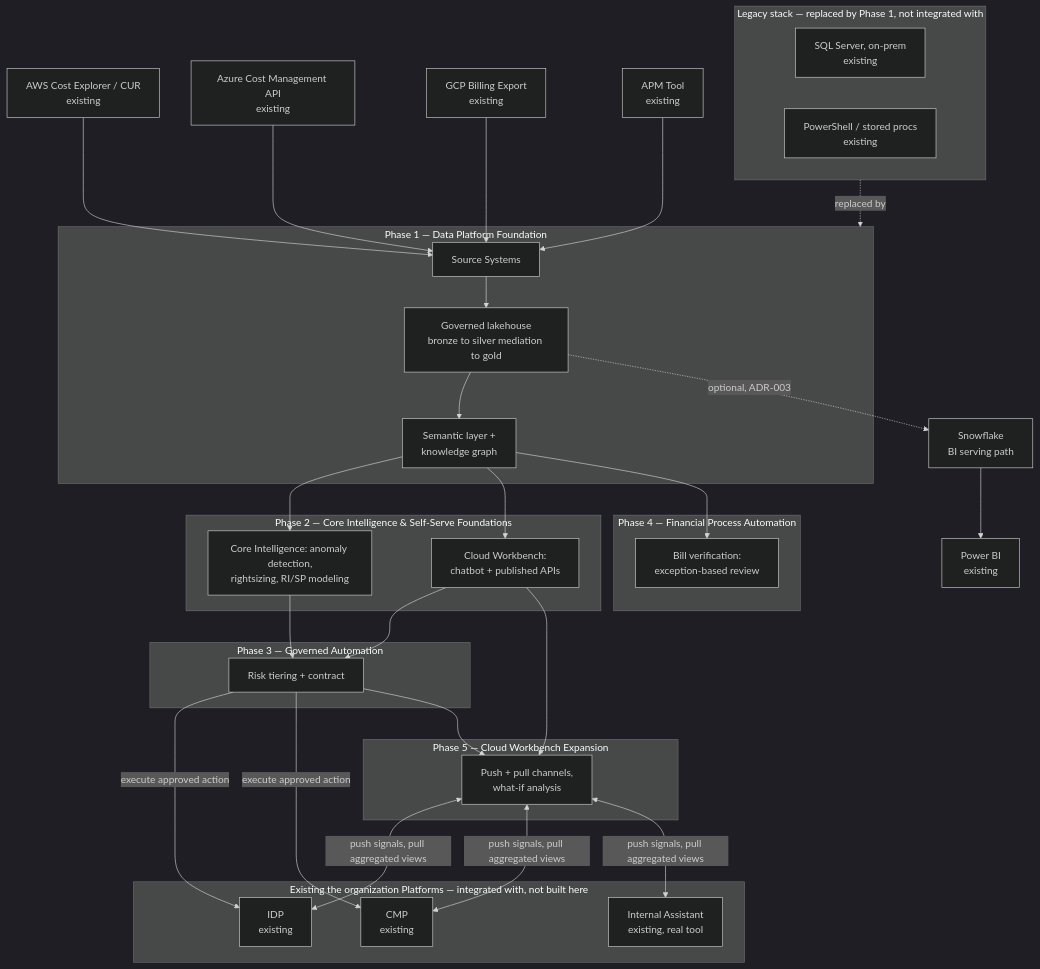
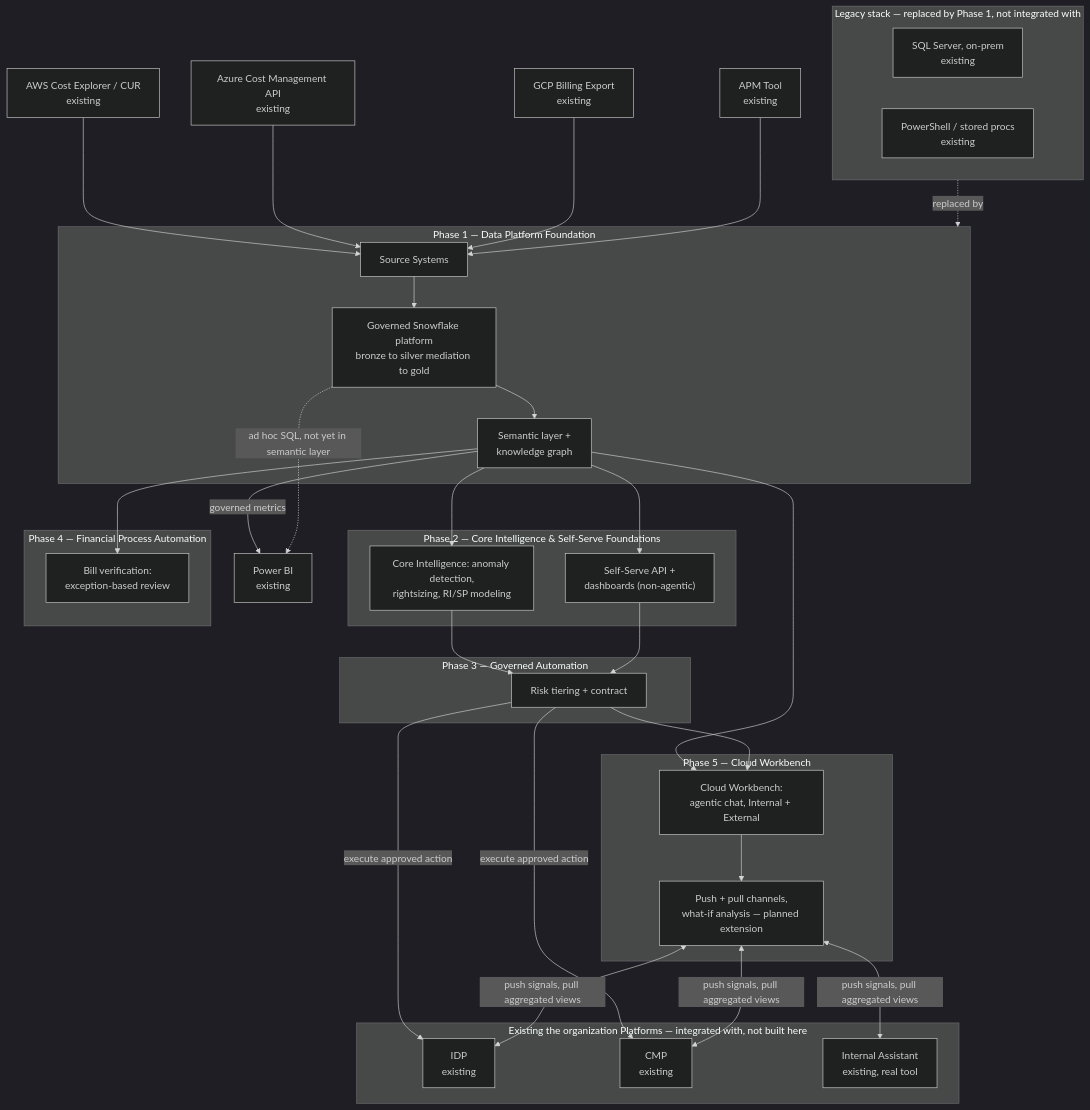
One commit to mbnest/finops-intelligence-platform changed the diagram in docs/FinOps Solution Overview.md. Above: the diagram before and after it, drawn with Mermaid (dark theme). The commit also changed other lines of this file and 7 other files, not shown here.

````diff
--- a/docs/FinOps Solution Overview.md
+++ b/docs/FinOps Solution Overview.md
@@ -50,53 +50,54 @@
 ```mermaid
 flowchart TD
     AWS["AWS Cost Explorer / CUR<br/>existing"] --> SRC["Source Systems"]
     AZURE["Azure Cost Management API<br/>existing"] --> SRC
     GCP["GCP Billing Export<br/>existing"] --> SRC
     APM["APM Tool<br/>existing"] --> SRC
 
     subgraph LEGACY["Legacy stack — replaced by Phase 1, not integrated with"]
         SQLSVR["SQL Server, on-prem<br/>existing"]
         PSPROC["PowerShell / stored procs<br/>existing"]
     end
     LEGACY -.->|replaced by| P1
 
     subgraph P1["Phase 1 — Data Platform Foundation"]
-        SRC --> LAKE["Governed lakehouse<br/>bronze to silver mediation to gold"]
+        SRC --> LAKE["Governed Snowflake platform<br/>bronze to silver mediation to gold"]
         LAKE --> SEM["Semantic layer +<br/>knowledge graph"]
     end
 
-    LAKE -.->|optional, ADR-003| SNOW["Snowflake<br/>BI serving path"]
-    SNOW --> PBI["Power BI<br/>existing"]
+    SEM -->|governed metrics| PBI["Power BI<br/>existing"]
+    LAKE -.->|ad hoc SQL, not yet in semantic layer| PBI
 
     subgraph P2["Phase 2 — Core Intelligence & Self-Serve Foundations"]
         SEM --> MLOPS["Core Intelligence: anomaly detection,<br/>rightsizing, RI/SP modeling"]
-        SEM --> CW["Cloud Workbench:<br/>chatbot + published APIs"]
+        SEM --> API["Self-Serve API +<br/>dashboards (non-agentic)"]
     end
 
     subgraph P3["Phase 3 — Governed Automation"]
         MLOPS --> ACT["Risk tiering + contract"]
-        CW --> ACT
+        API --> ACT
     end
 
     subgraph EXIST["Existing the organization Platforms — integrated with, not built here"]
         IDP["IDP<br/>existing"]
         CMP["CMP<br/>existing"]
         CASST["Internal Assistant<br/>existing, real tool"]
     end
 
     ACT -->|execute approved action| IDP
     ACT -->|execute approved action| CMP
 
     subgraph P4["Phase 4 — Financial Process Automation"]
         SEM --> BILL["Bill verification:<br/>exception-based review"]
     end
 
-    subgraph P5["Phase 5 — Cloud Workbench Expansion"]
-        ACT --> CWEXP["Push + pull channels,<br/>what-if analysis"]
-        CW --> CWEXP
+    subgraph P5["Phase 5 — Cloud Workbench"]
+        SEM --> CW["Cloud Workbench:<br/>agentic chat, Internal + External"]
+        ACT --> CW
+        CW --> CWEXP["Push + pull channels,<br/>what-if analysis — planned extension"]
     end
 
     CWEXP <-->|push signals, pull aggregated views| IDP
     CWEXP <-->|push signals, pull aggregated views| CMP
     CWEXP <-->|push signals, pull aggregated views| CASST
 ```
````
